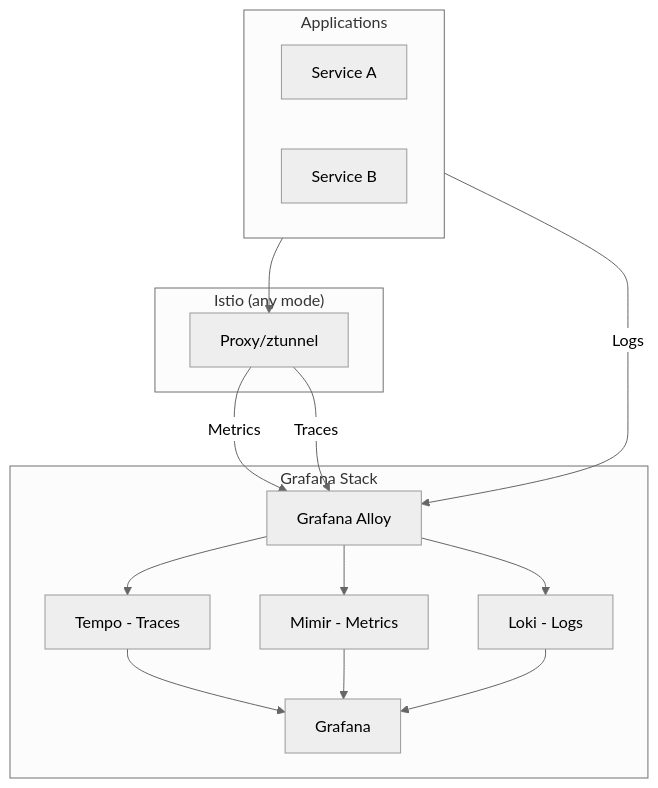
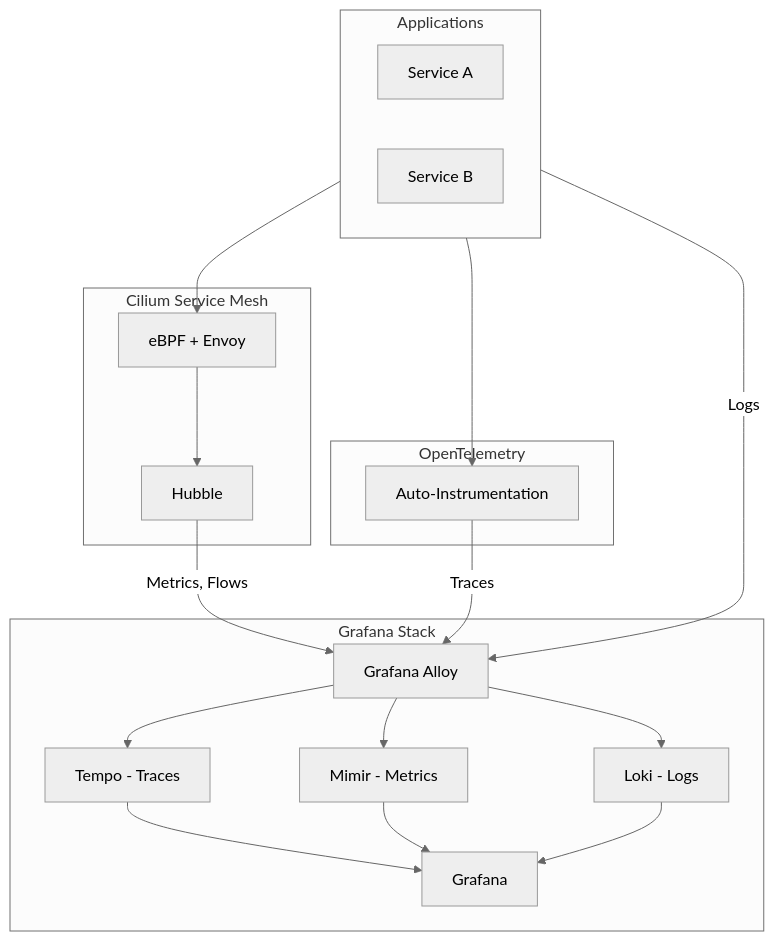
Before and after one commit to openova-io/handbook: the second of 2 diagrams in docs/adrs/ADR-OPERATIONAL-RESILIENCE.md, drawn with Mermaid (neutral theme). The commit also changed other lines of this file and 19 other files, not shown here.

First line of the commit message:
docs: update architecture for Cilium Service Mesh and Gitea

````diff
--- a/docs/adrs/ADR-OPERATIONAL-RESILIENCE.md
+++ b/docs/adrs/ADR-OPERATIONAL-RESILIENCE.md
@@ -110,30 +125,37 @@
 ```mermaid
 flowchart TB
     subgraph Apps["Applications"]
         A1[Service A]
         A2[Service B]
     end
 
-    subgraph Istio["Istio (any mode)"]
-        Proxy[Proxy/ztunnel]
+    subgraph Cilium["Cilium Service Mesh"]
+        eBPF[eBPF + Envoy]
+        Hubble[Hubble]
+    end
+
+    subgraph OTel["OpenTelemetry"]
+        AutoInst[Auto-Instrumentation]
     end
 
     subgraph Observability["Grafana Stack"]
         Alloy[Grafana Alloy]
         Tempo[Tempo - Traces]
         Mimir[Mimir - Metrics]
         Loki[Loki - Logs]
         Grafana[Grafana]
     end
 
-    Apps --> Proxy
-    Proxy -->|"Metrics"| Alloy
-    Proxy -->|"Traces"| Alloy
+    Apps --> eBPF
+    eBPF --> Hubble
+    Apps --> AutoInst
+    Hubble -->|"Metrics, Flows"| Alloy
+    AutoInst -->|"Traces"| Alloy
     Apps -->|"Logs"| Alloy
     Alloy --> Tempo
     Alloy --> Mimir
     Alloy --> Loki
     Tempo --> Grafana
     Mimir --> Grafana
     Loki --> Grafana
 ```
````
